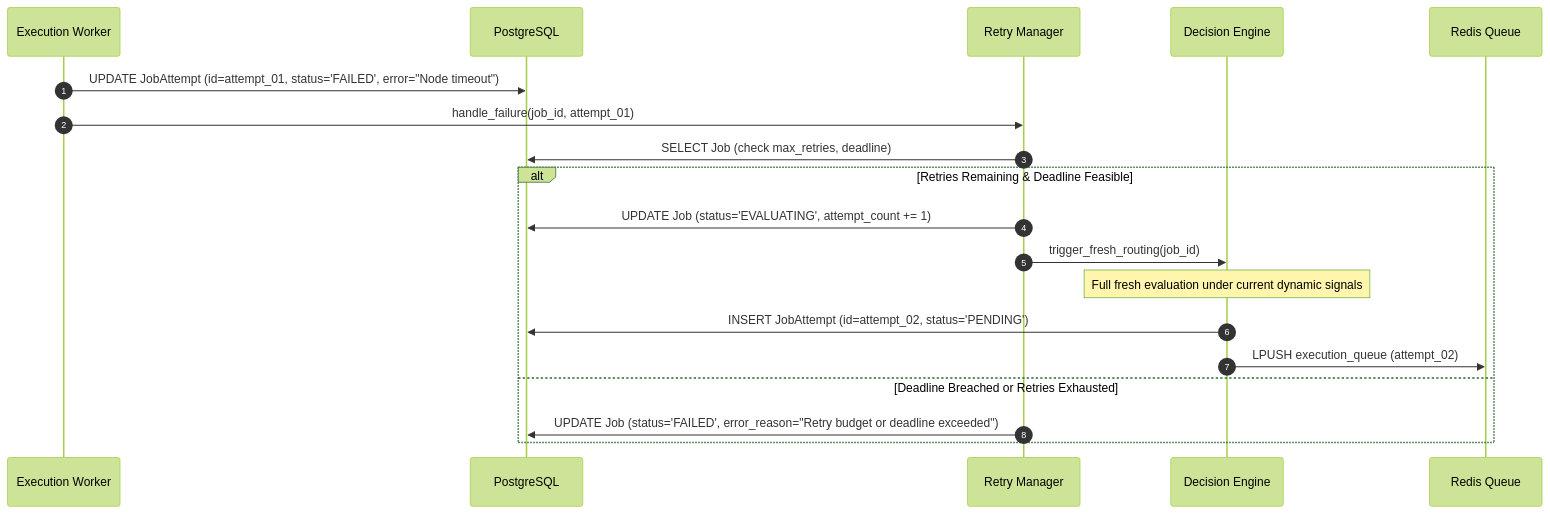
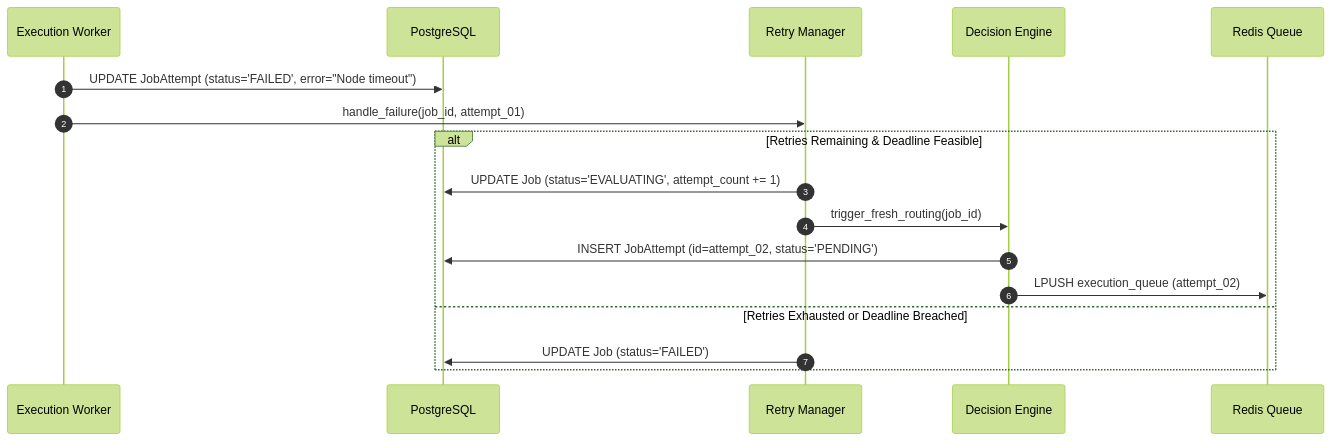
One commit to taneesh-kumar/Eco-Route changed the third of 5 diagrams in docs/architecture/reliability-architecture.md. Above: the diagram before and after it, drawn with Mermaid (forest theme). The commit also changed other lines of this file and 6 other files, not shown here.

````diff
--- a/docs/architecture/reliability-architecture.md
+++ b/docs/architecture/reliability-architecture.md
@@ -110,24 +97,21 @@
 ```mermaid
 sequenceDiagram
     autonumber
     participant Worker as Execution Worker
     participant DB as PostgreSQL
     participant RM as Retry Manager
     participant DE as Decision Engine
     participant Redis as Redis Queue
 
-    Worker->>DB: UPDATE JobAttempt (id=attempt_01, status='FAILED', error="Node timeout")
+    Worker->>DB: UPDATE JobAttempt (status='FAILED', error="Node timeout")
     Worker->>RM: handle_failure(job_id, attempt_01)
-    
-    RM->>DB: SELECT Job (check max_retries, deadline)
     
     alt Retries Remaining & Deadline Feasible
         RM->>DB: UPDATE Job (status='EVALUATING', attempt_count += 1)
         RM->>DE: trigger_fresh_routing(job_id)
-        Note over DE: Full fresh evaluation under current dynamic signals
         DE->>DB: INSERT JobAttempt (id=attempt_02, status='PENDING')
         DE->>Redis: LPUSH execution_queue (attempt_02)
-    else Deadline Breached or Retries Exhausted
-        RM->>DB: UPDATE Job (status='FAILED', error_reason="Retry budget or deadline exceeded")
+    else Retries Exhausted or Deadline Breached
+        RM->>DB: UPDATE Job (status='FAILED')
     end
 ```
````
